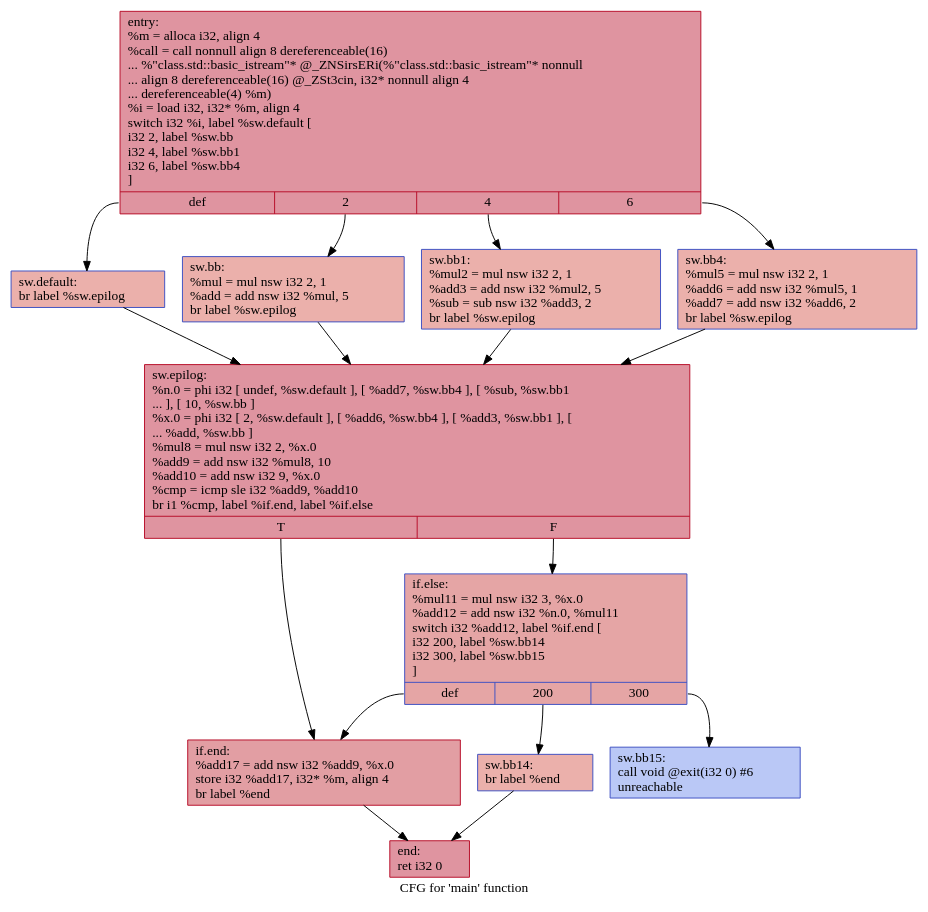
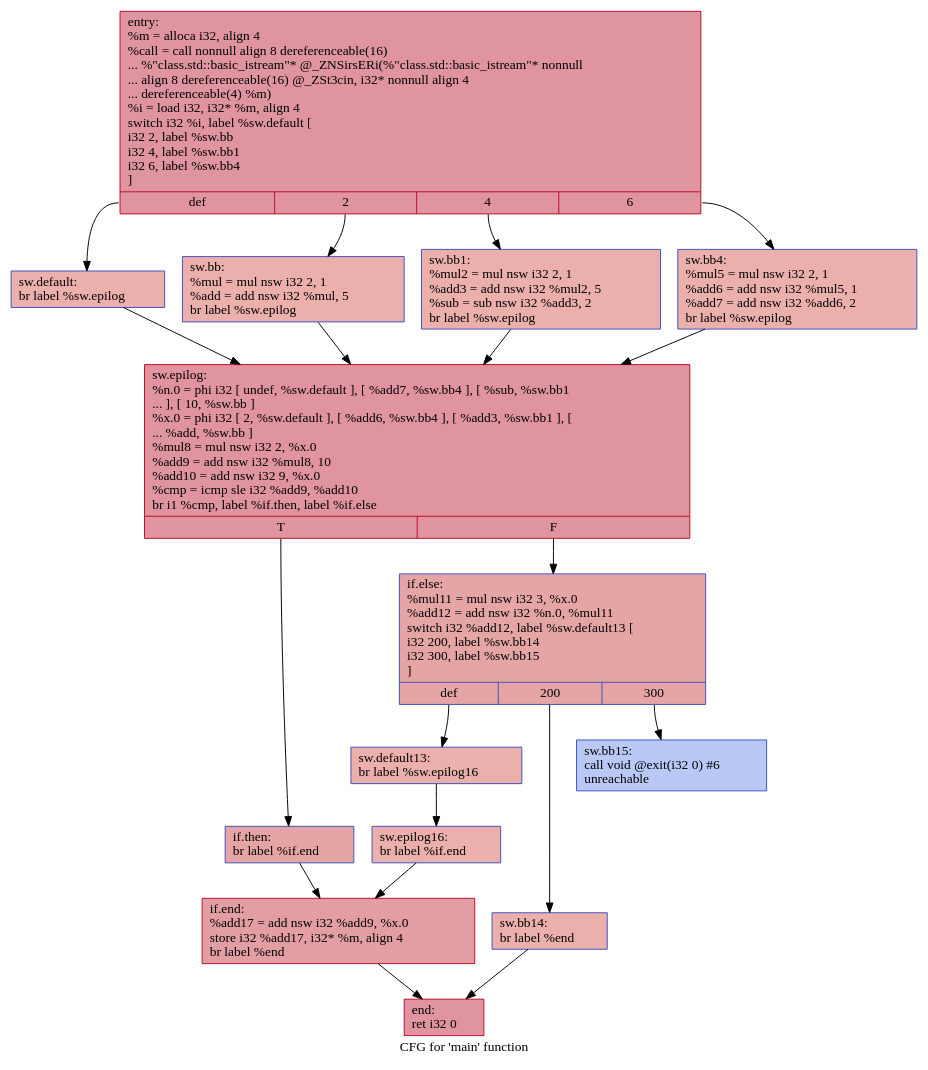
The diagram in IR/cfg/baseline.dot (HPSSA-LLVM/HPSSA-LLVM), drawn with Graphviz before and after one commit. The commit also changed 15 other files, not shown here.

```diff
--- a/IR/cfg/baseline.dot
+++ b/IR/cfg/baseline.dot
@@ -1,30 +1,36 @@
 digraph "CFG for 'main' function" {
 	label="CFG for 'main' function";
 
-	Node0x559de32b9080 [shape=record,color="#b70d28ff", style=filled, fillcolor="#b70d2870",label="{entry:\l  %m = alloca i32, align 4\l  %call = call nonnull align 8 dereferenceable(16)\l... %\"class.std::basic_istream\"* @_ZNSirsERi(%\"class.std::basic_istream\"* nonnull\l... align 8 dereferenceable(16) @_ZSt3cin, i32* nonnull align 4\l... dereferenceable(4) %m)\l  %i = load i32, i32* %m, align 4\l  switch i32 %i, label %sw.default [\l    i32 2, label %sw.bb\l    i32 4, label %sw.bb1\l    i32 6, label %sw.bb4\l  ]\l|{<s0>def|<s1>2|<s2>4|<s3>6}}"];
-	Node0x559de32b9080:s0 -> Node0x559de32b94c0;
-	Node0x559de32b9080:s1 -> Node0x559de32b95d0;
-	Node0x559de32b9080:s2 -> Node0x559de32b96d0;
-	Node0x559de32b9080:s3 -> Node0x559de32b97d0;
-	Node0x559de32b95d0 [shape=record,color="#3d50c3ff", style=filled, fillcolor="#d24b4070",label="{sw.bb:                                            \l  %mul = mul nsw i32 2, 1\l  %add = add nsw i32 %mul, 5\l  br label %sw.epilog\l}"];
-	Node0x559de32b95d0 -> Node0x559de32b9a80;
-	Node0x559de32b96d0 [shape=record,color="#3d50c3ff", style=filled, fillcolor="#d24b4070",label="{sw.bb1:                                           \l  %mul2 = mul nsw i32 2, 1\l  %add3 = add nsw i32 %mul2, 5\l  %sub = sub nsw i32 %add3, 2\l  br label %sw.epilog\l}"];
-	Node0x559de32b96d0 -> Node0x559de32b9a80;
-	Node0x559de32b97d0 [shape=record,color="#3d50c3ff", style=filled, fillcolor="#d24b4070",label="{sw.bb4:                                           \l  %mul5 = mul nsw i32 2, 1\l  %add6 = add nsw i32 %mul5, 1\l  %add7 = add nsw i32 %add6, 2\l  br label %sw.epilog\l}"];
-	Node0x559de32b97d0 -> Node0x559de32b9a80;
-	Node0x559de32b94c0 [shape=record,color="#3d50c3ff", style=filled, fillcolor="#d24b4070",label="{sw.default:                                       \l  br label %sw.epilog\l}"];
-	Node0x559de32b94c0 -> Node0x559de32b9a80;
-	Node0x559de32b9a80 [shape=record,color="#b70d28ff", style=filled, fillcolor="#b70d2870",label="{sw.epilog:                                        \l  %n.0 = phi i32 [ undef, %sw.default ], [ %add7, %sw.bb4 ], [ %sub, %sw.bb1\l... ], [ 10, %sw.bb ]\l  %x.0 = phi i32 [ 2, %sw.default ], [ %add6, %sw.bb4 ], [ %add3, %sw.bb1 ], [\l... %add, %sw.bb ]\l  %mul8 = mul nsw i32 2, %x.0\l  %add9 = add nsw i32 %mul8, 10\l  %add10 = add nsw i32 9, %x.0\l  %cmp = icmp sle i32 %add9, %add10\l  br i1 %cmp, label %if.end, label %if.else\l|{<s0>T|<s1>F}}"];
-	Node0x559de32b9a80:s0 -> Node0x559de32bac10;
-	Node0x559de32b9a80:s1 -> Node0x559de32bac80;
-	Node0x559de32bac80 [shape=record,color="#3d50c3ff", style=filled, fillcolor="#c5333470",label="{if.else:                                          \l  %mul11 = mul nsw i32 3, %x.0\l  %add12 = add nsw i32 %n.0, %mul11\l  switch i32 %add12, label %if.end [\l    i32 200, label %sw.bb14\l    i32 300, label %sw.bb15\l  ]\l|{<s0>def|<s1>200|<s2>300}}"];
-	Node0x559de32bac80:s0 -> Node0x559de32bac10;
-	Node0x559de32bac80:s1 -> Node0x559de32bb280;
-	Node0x559de32bac80:s2 -> Node0x559de32bb320;
-	Node0x559de32bb280 [shape=record,color="#3d50c3ff", style=filled, fillcolor="#d24b4070",label="{sw.bb14:                                          \l  br label %end\l}"];
-	Node0x559de32bb280 -> Node0x559de32bb4b0;
-	Node0x559de32bb320 [shape=record,color="#3d50c3ff", style=filled, fillcolor="#6282ea70",label="{sw.bb15:                                          \l  call void @exit(i32 0) #6\l  unreachable\l}"];
-	Node0x559de32bac10 [shape=record,color="#b70d28ff", style=filled, fillcolor="#be242e70",label="{if.end:                                           \l  %add17 = add nsw i32 %add9, %x.0\l  store i32 %add17, i32* %m, align 4\l  br label %end\l}"];
-	Node0x559de32bac10 -> Node0x559de32bb4b0;
-	Node0x559de32bb4b0 [shape=record,color="#b70d28ff", style=filled, fillcolor="#b70d2870",label="{end:                                              \l  ret i32 0\l}"];
+	Node0x556f31ce1060 [shape=record,color="#b70d28ff", style=filled, fillcolor="#b70d2870",label="{entry:\l  %m = alloca i32, align 4\l  %call = call nonnull align 8 dereferenceable(16)\l... %\"class.std::basic_istream\"* @_ZNSirsERi(%\"class.std::basic_istream\"* nonnull\l... align 8 dereferenceable(16) @_ZSt3cin, i32* nonnull align 4\l... dereferenceable(4) %m)\l  %i = load i32, i32* %m, align 4\l  switch i32 %i, label %sw.default [\l    i32 2, label %sw.bb\l    i32 4, label %sw.bb1\l    i32 6, label %sw.bb4\l  ]\l|{<s0>def|<s1>2|<s2>4|<s3>6}}"];
+	Node0x556f31ce1060:s0 -> Node0x556f31ce14a0;
+	Node0x556f31ce1060:s1 -> Node0x556f31ce15b0;
+	Node0x556f31ce1060:s2 -> Node0x556f31ce16b0;
+	Node0x556f31ce1060:s3 -> Node0x556f31ce17b0;
+	Node0x556f31ce15b0 [shape=record,color="#3d50c3ff", style=filled, fillcolor="#d24b4070",label="{sw.bb:                                            \l  %mul = mul nsw i32 2, 1\l  %add = add nsw i32 %mul, 5\l  br label %sw.epilog\l}"];
+	Node0x556f31ce15b0 -> Node0x556f31ce1a60;
+	Node0x556f31ce16b0 [shape=record,color="#3d50c3ff", style=filled, fillcolor="#d24b4070",label="{sw.bb1:                                           \l  %mul2 = mul nsw i32 2, 1\l  %add3 = add nsw i32 %mul2, 5\l  %sub = sub nsw i32 %add3, 2\l  br label %sw.epilog\l}"];
+	Node0x556f31ce16b0 -> Node0x556f31ce1a60;
+	Node0x556f31ce17b0 [shape=record,color="#3d50c3ff", style=filled, fillcolor="#d24b4070",label="{sw.bb4:                                           \l  %mul5 = mul nsw i32 2, 1\l  %add6 = add nsw i32 %mul5, 1\l  %add7 = add nsw i32 %add6, 2\l  br label %sw.epilog\l}"];
+	Node0x556f31ce17b0 -> Node0x556f31ce1a60;
+	Node0x556f31ce14a0 [shape=record,color="#3d50c3ff", style=filled, fillcolor="#d24b4070",label="{sw.default:                                       \l  br label %sw.epilog\l}"];
+	Node0x556f31ce14a0 -> Node0x556f31ce1a60;
+	Node0x556f31ce1a60 [shape=record,color="#b70d28ff", style=filled, fillcolor="#b70d2870",label="{sw.epilog:                                        \l  %n.0 = phi i32 [ undef, %sw.default ], [ %add7, %sw.bb4 ], [ %sub, %sw.bb1\l... ], [ 10, %sw.bb ]\l  %x.0 = phi i32 [ 2, %sw.default ], [ %add6, %sw.bb4 ], [ %add3, %sw.bb1 ], [\l... %add, %sw.bb ]\l  %mul8 = mul nsw i32 2, %x.0\l  %add9 = add nsw i32 %mul8, 10\l  %add10 = add nsw i32 9, %x.0\l  %cmp = icmp sle i32 %add9, %add10\l  br i1 %cmp, label %if.then, label %if.else\l|{<s0>T|<s1>F}}"];
+	Node0x556f31ce1a60:s0 -> Node0x556f31ce2bf0;
+	Node0x556f31ce1a60:s1 -> Node0x556f31ce2c60;
+	Node0x556f31ce2bf0 [shape=record,color="#3d50c3ff", style=filled, fillcolor="#c5333470",label="{if.then:                                          \l  br label %if.end\l}"];
+	Node0x556f31ce2bf0 -> Node0x556f31ce30a0;
+	Node0x556f31ce2c60 [shape=record,color="#3d50c3ff", style=filled, fillcolor="#c5333470",label="{if.else:                                          \l  %mul11 = mul nsw i32 3, %x.0\l  %add12 = add nsw i32 %n.0, %mul11\l  switch i32 %add12, label %sw.default13 [\l    i32 200, label %sw.bb14\l    i32 300, label %sw.bb15\l  ]\l|{<s0>def|<s1>200|<s2>300}}"];
+	Node0x556f31ce2c60:s0 -> Node0x556f31ce3310;
+	Node0x556f31ce2c60:s1 -> Node0x556f31ce33c0;
+	Node0x556f31ce2c60:s2 -> Node0x556f31ce3460;
+	Node0x556f31ce3310 [shape=record,color="#3d50c3ff", style=filled, fillcolor="#d24b4070",label="{sw.default13:                                     \l  br label %sw.epilog16\l}"];
+	Node0x556f31ce3310 -> Node0x556f31ce35f0;
+	Node0x556f31ce33c0 [shape=record,color="#3d50c3ff", style=filled, fillcolor="#d24b4070",label="{sw.bb14:                                          \l  br label %end\l}"];
+	Node0x556f31ce33c0 -> Node0x556f31ce36e0;
+	Node0x556f31ce3460 [shape=record,color="#3d50c3ff", style=filled, fillcolor="#6282ea70",label="{sw.bb15:                                          \l  call void @exit(i32 0) #6\l  unreachable\l}"];
+	Node0x556f31ce35f0 [shape=record,color="#3d50c3ff", style=filled, fillcolor="#d24b4070",label="{sw.epilog16:                                      \l  br label %if.end\l}"];
+	Node0x556f31ce35f0 -> Node0x556f31ce30a0;
+	Node0x556f31ce30a0 [shape=record,color="#b70d28ff", style=filled, fillcolor="#be242e70",label="{if.end:                                           \l  %add17 = add nsw i32 %add9, %x.0\l  store i32 %add17, i32* %m, align 4\l  br label %end\l}"];
+	Node0x556f31ce30a0 -> Node0x556f31ce36e0;
+	Node0x556f31ce36e0 [shape=record,color="#b70d28ff", style=filled, fillcolor="#b70d2870",label="{end:                                              \l  ret i32 0\l}"];
 }
```
